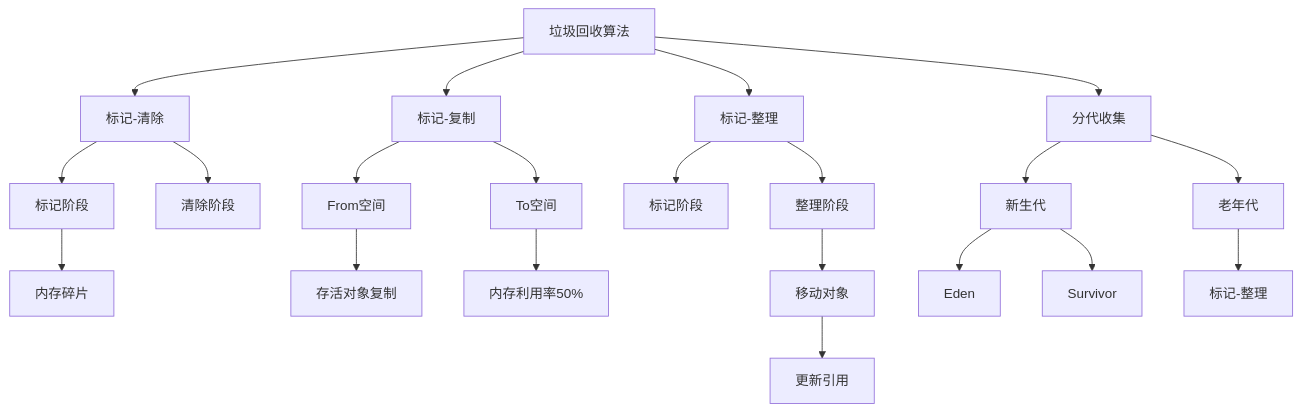
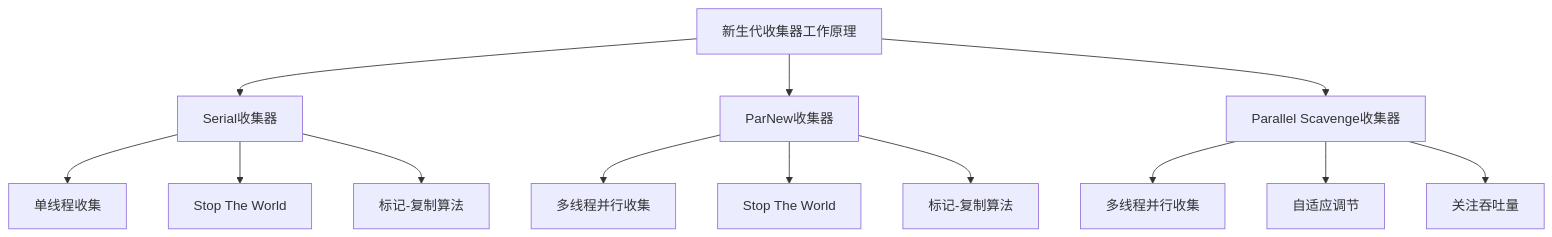
Diagram 23 of 34 in 6.Java.md (ralph-wren/TechStack-Handbook), drawn with Mermaid before and after one commit. The commit also changed other lines of this file and 1 other file, not shown here.

````diff
--- a/6.Java.md
+++ b/6.Java.md
@@ -4431,27 +5366,18 @@
 ```mermaid
 graph TD
-    A[垃圾回收算法] --> B[标记-清除]
-    A --> C[标记-复制]
-    A --> D[标记-整理]
-    A --> E[分代收集]
+    A["新生代收集器工作原理"] --> B["Serial收集器"]
+    A --> C["ParNew收集器"]
+    A --> D["Parallel Scavenge收集器"]
     
-    B --> B1[标记阶段]
-    B --> B2[清除阶段]
-    B1 --> B3[内存碎片]
+    B --> B1["单线程收集"]
+    B --> B2["Stop The World"]
+    B --> B3["标记-复制算法"]
     
-    C --> C1[From空间]
-    C --> C2[To空间]
-    C1 --> C3[存活对象复制]
-    C2 --> C4[内存利用率50%]
+    C --> C1["多线程并行收集"]
+    C --> C2["Stop The World"]
+    C --> C3["标记-复制算法"]
     
-    D --> D1[标记阶段]
-    D --> D2[整理阶段]
-    D2 --> D3[移动对象]
-    D3 --> D4[更新引用]
-    
-    E --> E1[新生代]
-    E --> E2[老年代]
-    E1 --> E3[Eden]
-    E1 --> E4[Survivor]
-    E2 --> E5[标记-整理]
+    D --> D1["多线程并行收集"]
+    D --> D2["自适应调节"]
+    D --> D3["关注吞吐量"]
 ```
````
